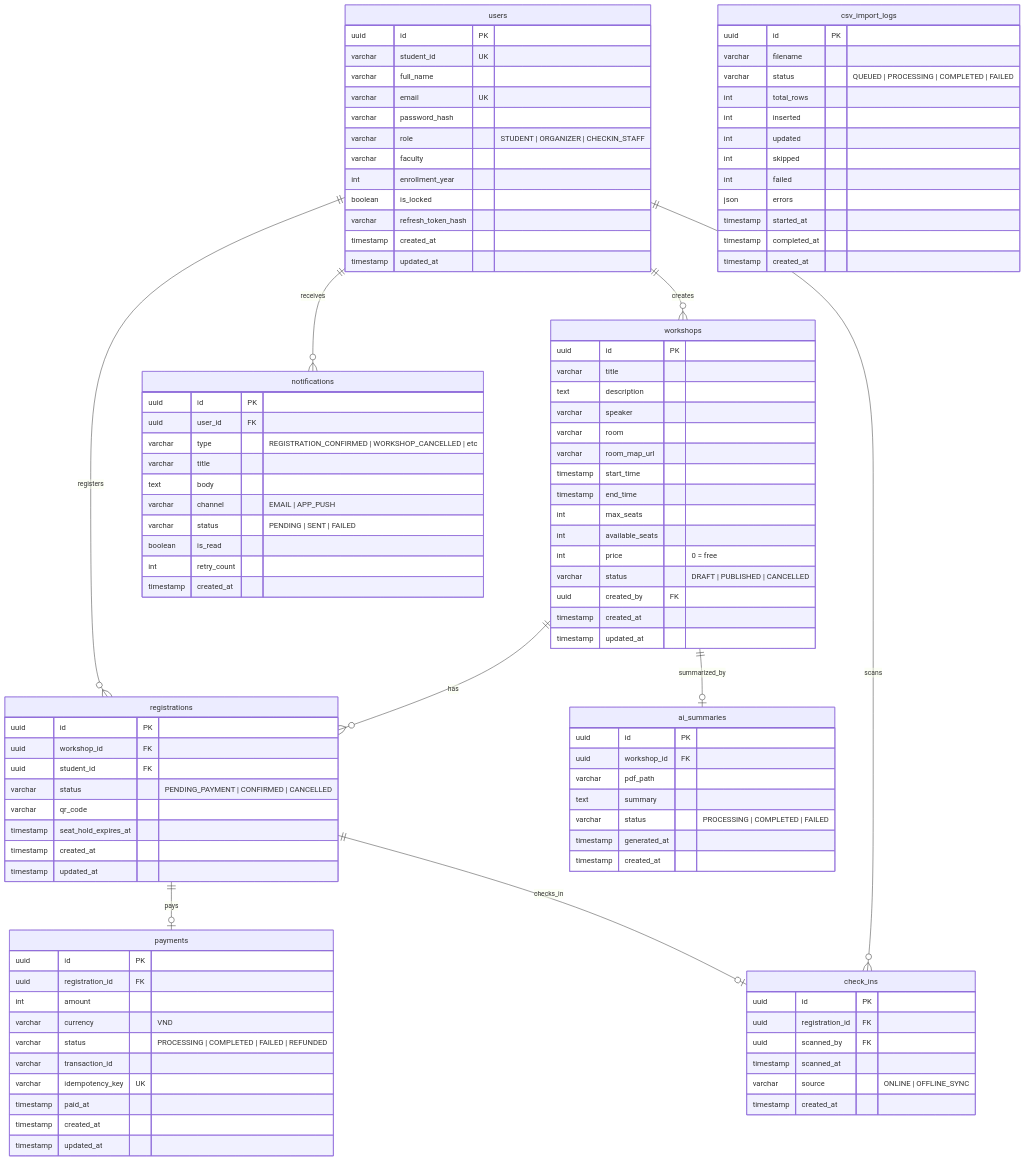
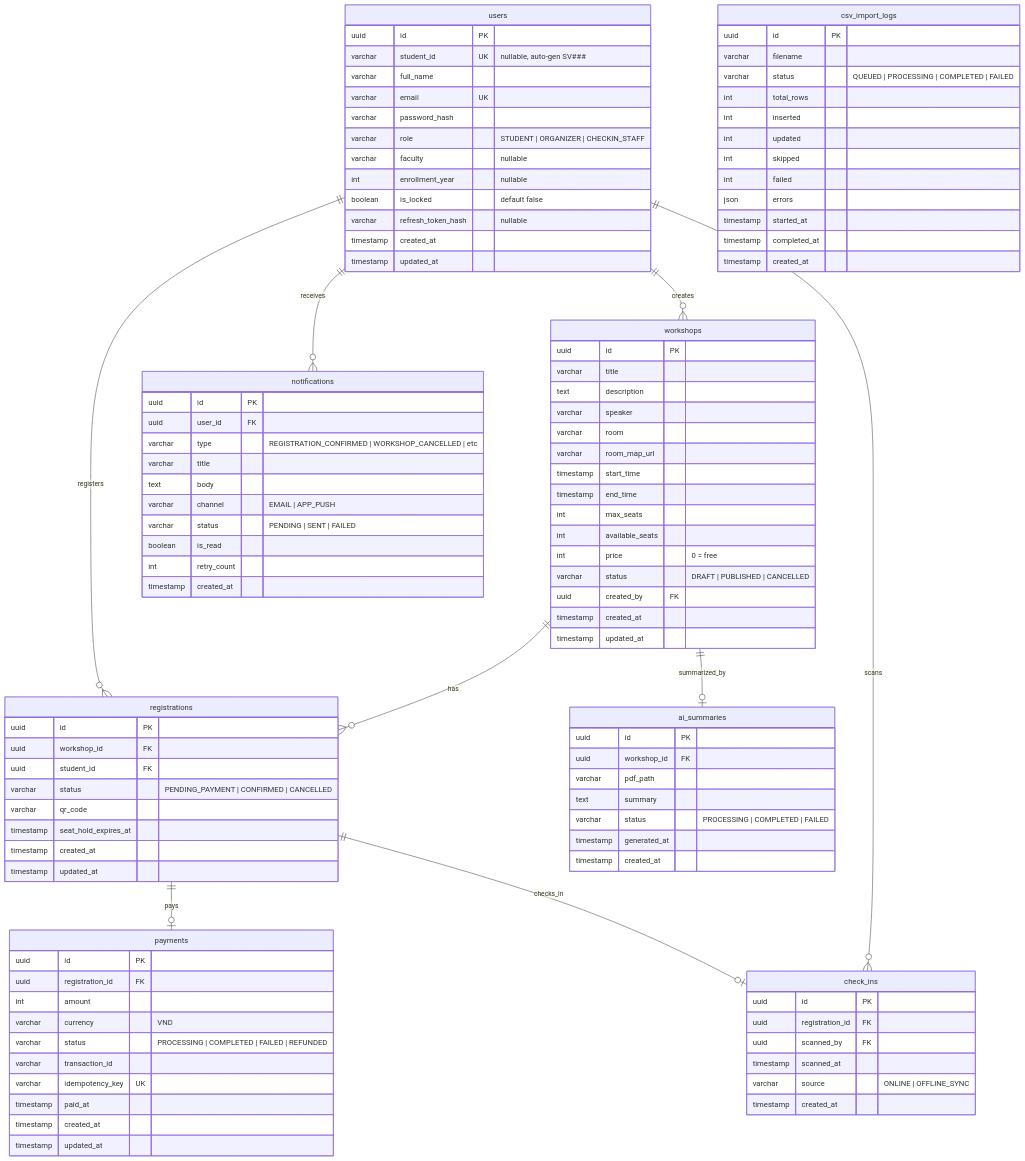
Before and after one commit to TMQ2k/UniHub-Workshop: the third of 6 diagrams in blueprint/design.md, drawn with Mermaid. The commit also changed other lines of this file and 7 other files, not shown here.

```diff
--- a/blueprint/design.md
+++ b/blueprint/design.md
@@ -144,15 +144,15 @@
 erDiagram
     users {
         uuid id PK
-        varchar student_id UK
+        varchar student_id UK "nullable, auto-gen SV###"
         varchar full_name
         varchar email UK
         varchar password_hash
         varchar role "STUDENT | ORGANIZER | CHECKIN_STAFF"
-        varchar faculty
-        int enrollment_year
-        boolean is_locked
-        varchar refresh_token_hash
+        varchar faculty "nullable"
+        int enrollment_year "nullable"
+        boolean is_locked "default false"
+        varchar refresh_token_hash "nullable"
         timestamp created_at
         timestamp updated_at
     }
```
